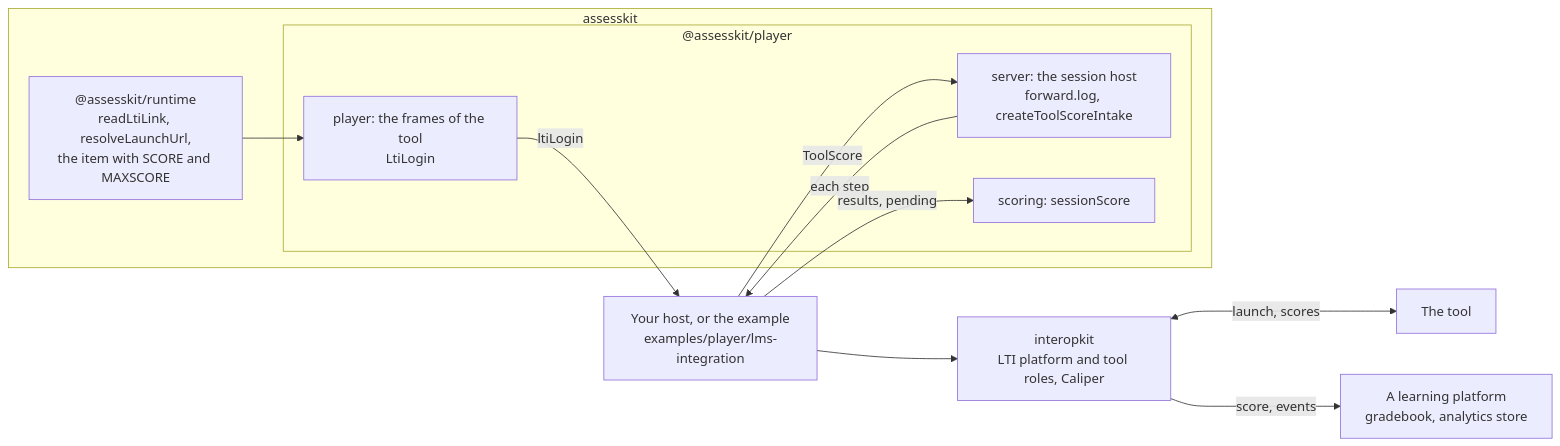
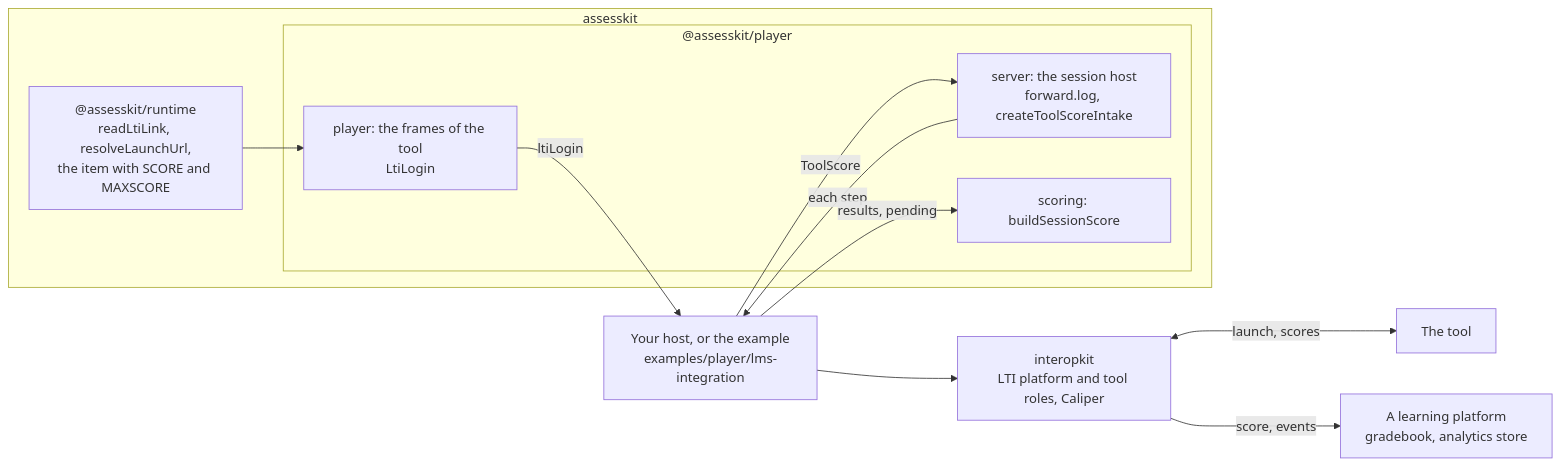
Before and after one commit to assesskit/assesskit: the first of 2 diagrams in docs/player/lti-items.md, drawn with Mermaid. The commit also changed other lines of this file and 80 other files, not shown here.

````diff
--- a/docs/player/lti-items.md
+++ b/docs/player/lti-items.md
@@ -9,23 +9,23 @@
 ```mermaid
 flowchart LR
   subgraph assesskit["assesskit"]
     runtime["@assesskit/runtime<br/>readLtiLink, resolveLaunchUrl,<br/>the item with SCORE and MAXSCORE"]
     subgraph player["@assesskit/player"]
       frame["player: the frames of the tool<br/>LtiLogin"]
       srv["server: the session host<br/>forward.log, createToolScoreIntake"]
-      scoring["scoring: sessionScore"]
+      scoring["scoring: buildSessionScore"]
     end
   end
   host["Your host, or the example<br/>examples/player/lms-integration"]
   kit["interopkit<br/>LTI platform and tool roles, Caliper"]
   tool["The tool"]
   lms["A learning platform<br/>gradebook, analytics store"]
   frame -->|ltiLogin| host
   host --> kit
   kit <-->|launch, scores| tool
   host -->|ToolScore| srv
   srv -->|each step| host
   host -->|results, pending| scoring
   kit -->|score, events| lms
   runtime --> frame
 ```
````
